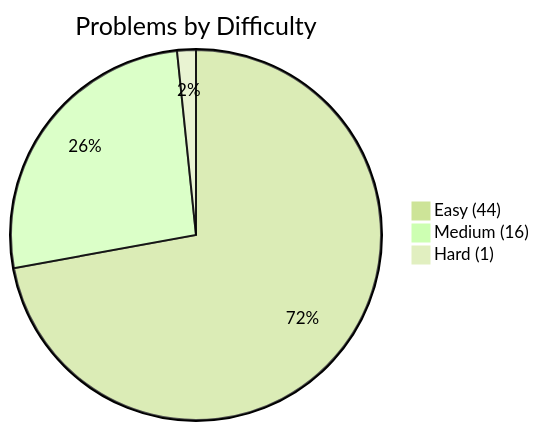
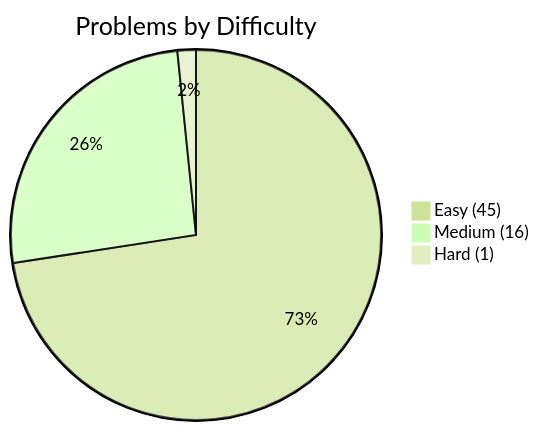
The first of 2 diagrams in PROGRESS.md (kanishk-procoder/leetcode-grind), drawn with Mermaid (forest theme) before and after one commit. The commit also changed other lines of this file and 4 other files, not shown here.

````diff
--- a/PROGRESS.md
+++ b/PROGRESS.md
@@ -5,6 +5,6 @@
 ```mermaid
 pie title Problems by Difficulty
-    "Easy (44)" : 44
+    "Easy (45)" : 45
     "Medium (16)" : 16
     "Hard (1)" : 1
 ```
````
